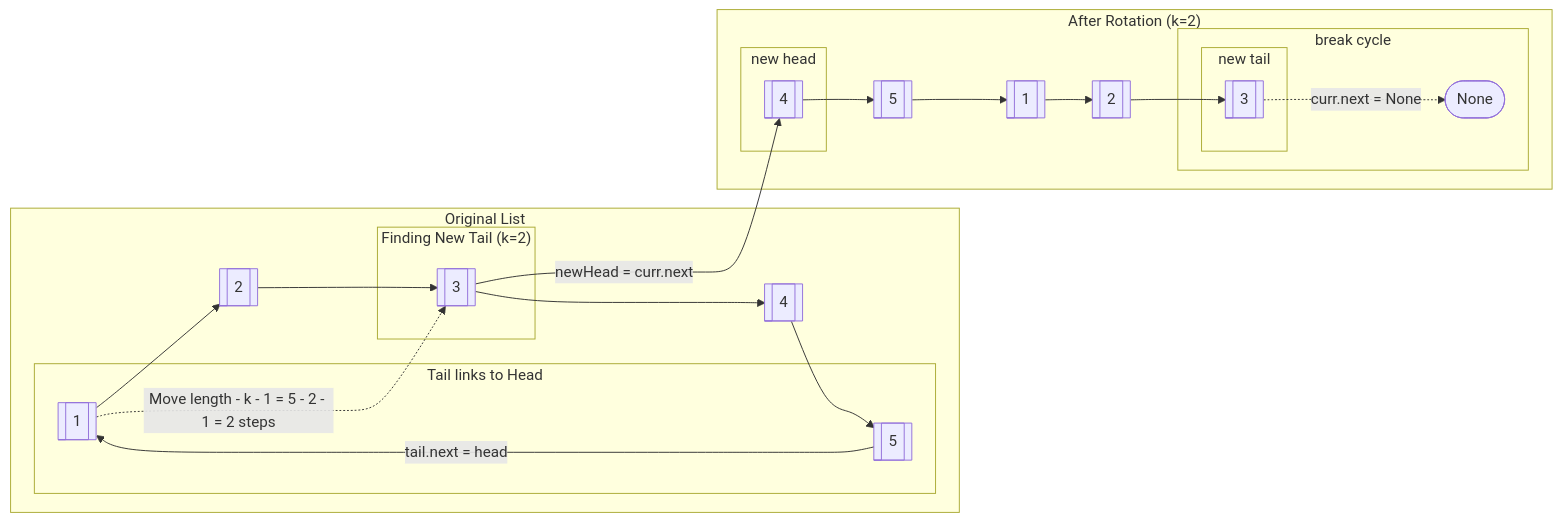
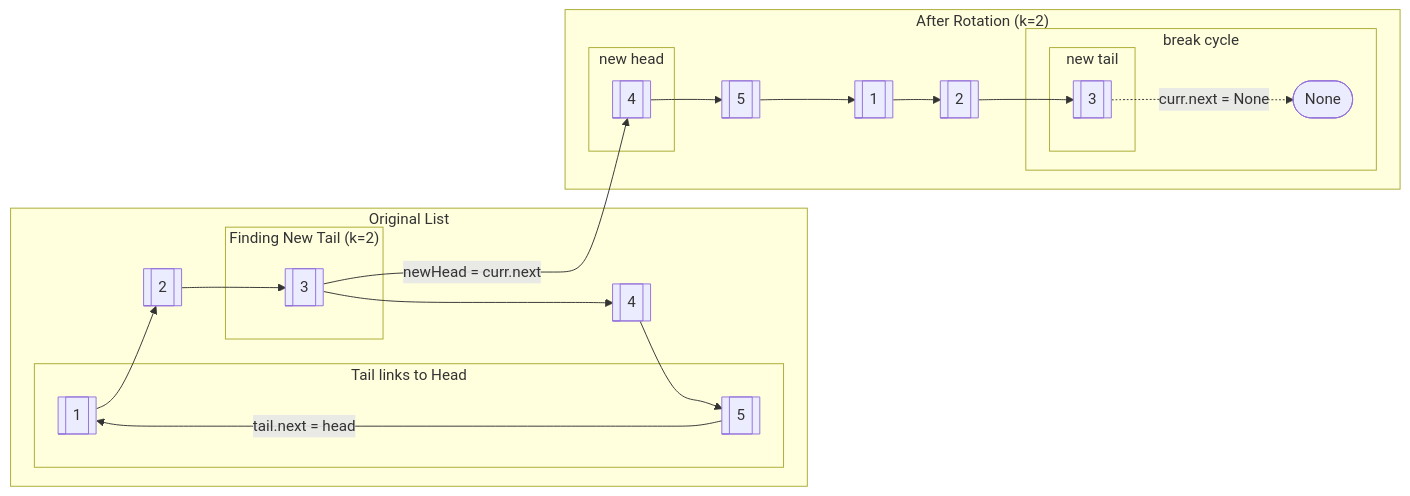
One commit to jhunde/LeetCode-Repo changed the diagram in README.md. Above: the diagram before and after it, drawn with Mermaid.

Commit message:
README update: made small change to the problem 61 diagram

````diff
--- a/README.md
+++ b/README.md
@@ -15,41 +15,40 @@
 ```mermaid
 graph LR;
     A1[["1"]] --> A2[["2"]];
     A2 --> A3[["3"]];
     A3 --> A4[["4"]];
     A4 --> A5[["5"]];
 
     subgraph "Original List"
 	    A1; A2; A3; A4; A5;
 
 		subgraph "Tail links to Head"
 		    A5 --"tail.next = head" --> A1
 		end
 
 		 subgraph "Finding New Tail (k=2)" 
-		    A1 -."Move length - k - 1 = 5 - 2 - 1 = 2 steps".-> A3;
+		    A1; A3;
 	    end
     end
- 
 	
     subgraph "After Rotation (k=2)"
 	    subgraph "new head"
 			B4[[4]]
 		end 
 		
 	    A3 --"newHead = curr.next"--> B4[["4"]];
 	    B4 --> B5[["5"]];
 	    B5 --> B1[["1"]];
 	    B1 --> B2[["2"]];
 
 		subgraph "break cycle"
 			subgraph "new tail"
 			    B3[[3]]
 			end
 
 		    B3 -.->|curr.next = None| null(["None"]);
 		end
 		B2 --> B3;
 
     end
 ```
````
